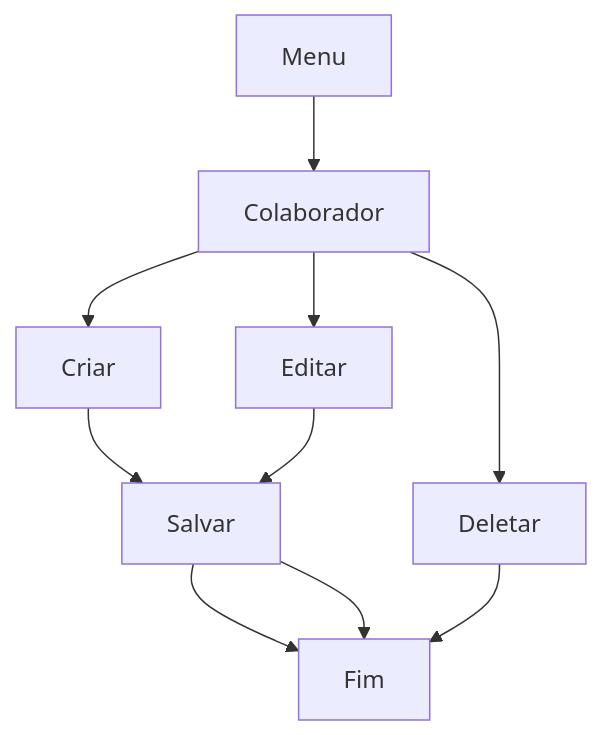
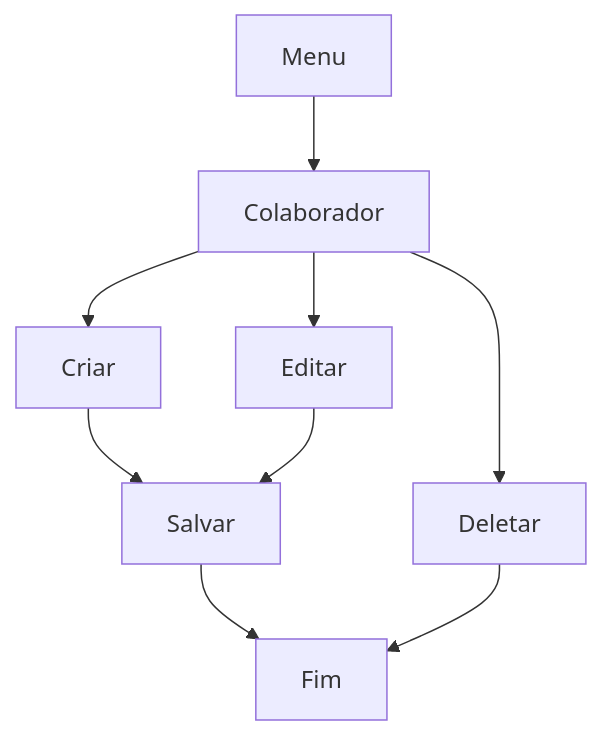
Before and after one commit to dhyonatanfolador/PROJETO_EPI: the first of 4 diagrams in README.md, drawn with Mermaid. The commit also changed other lines of this file, not shown here.

````diff
--- a/README.md
+++ b/README.md
@@ -58,12 +58,11 @@
 ```mermaid
 graph TD;
     Menu--> Colaborador;
     Colaborador --> Criar;
     Criar --> Salvar;
     Salvar --> Fim;
     Colaborador --> Editar;
     Editar --> Salvar;
-    Salvar --> Fim;
     Colaborador --> Deletar;
     Deletar --> Fim;
 ```
````
